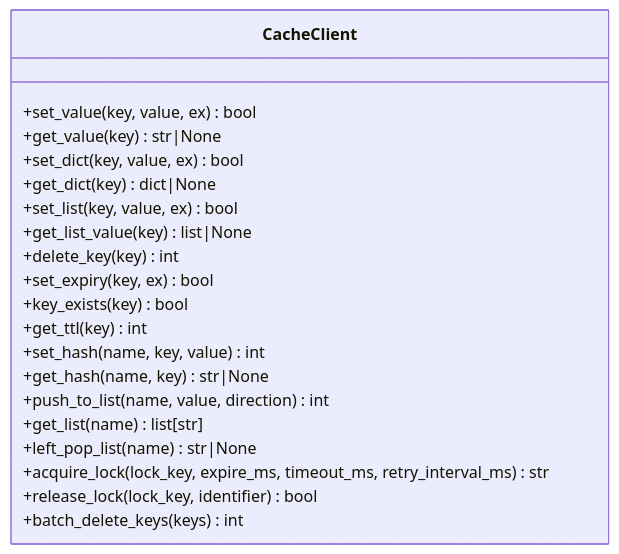
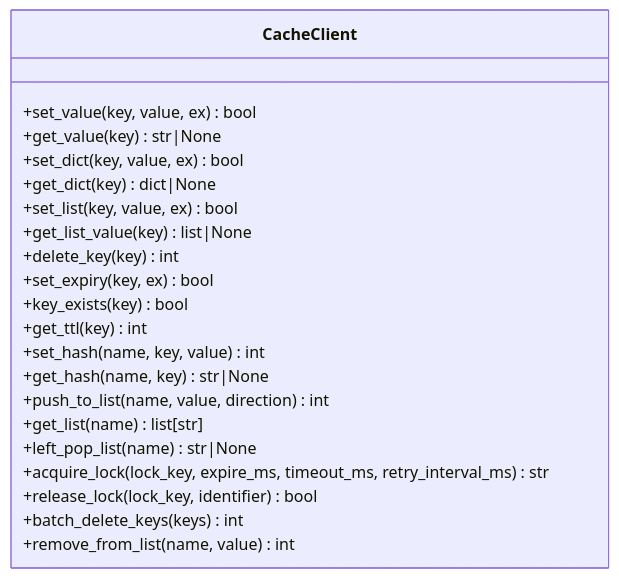
The third of 8 diagrams in .qoder/repowiki/zh/content/缓存系统/缓存系统.md (lilinzezzzzzz/fastapi-backend), drawn with Mermaid before and after one commit. The commit also changed other lines of this file and 38 other files, not shown here.

````diff
--- a/.qoder/repowiki/zh/content/缓存系统/缓存系统.md
+++ b/.qoder/repowiki/zh/content/缓存系统/缓存系统.md
@@ -178,23 +203,24 @@
 ```mermaid
 classDiagram
 class CacheClient {
 +set_value(key, value, ex) bool
 +get_value(key) str|None
 +set_dict(key, value, ex) bool
 +get_dict(key) dict|None
 +set_list(key, value, ex) bool
 +get_list_value(key) list|None
 +delete_key(key) int
 +set_expiry(key, ex) bool
 +key_exists(key) bool
 +get_ttl(key) int
 +set_hash(name, key, value) int
 +get_hash(name, key) str|None
 +push_to_list(name, value, direction) int
 +get_list(name) list[str]
 +left_pop_list(name) str|None
 +acquire_lock(lock_key, expire_ms, timeout_ms, retry_interval_ms) str
 +release_lock(lock_key, identifier) bool
 +batch_delete_keys(keys) int
++remove_from_list(name, value) int
 }
 ```
````
